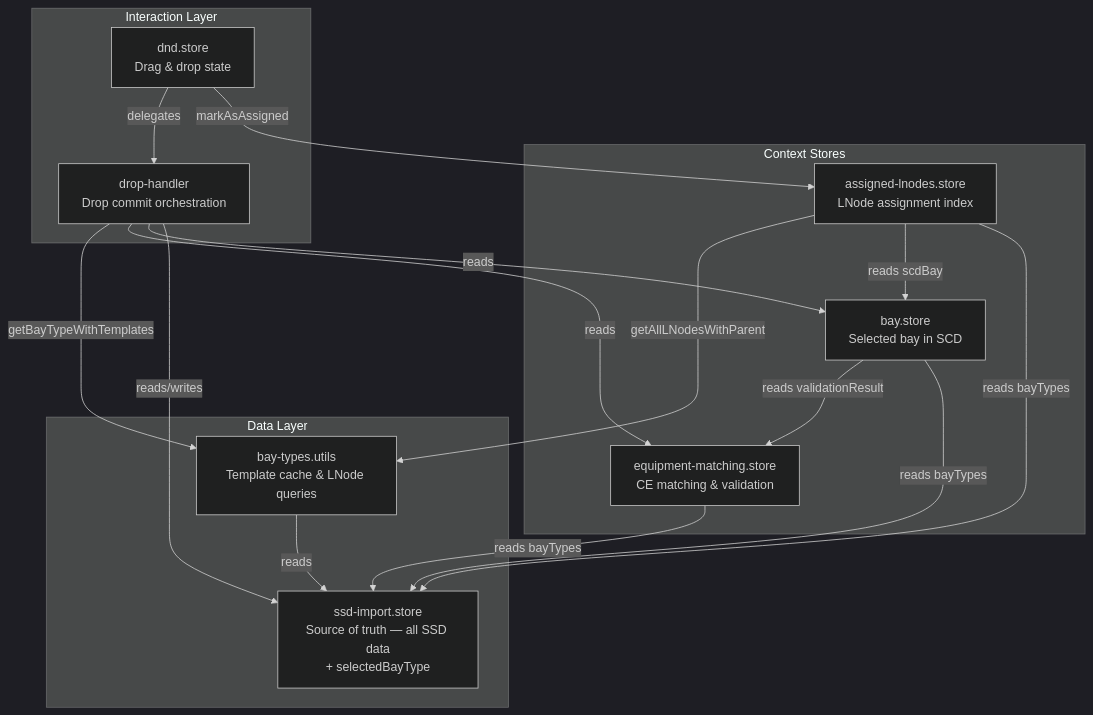
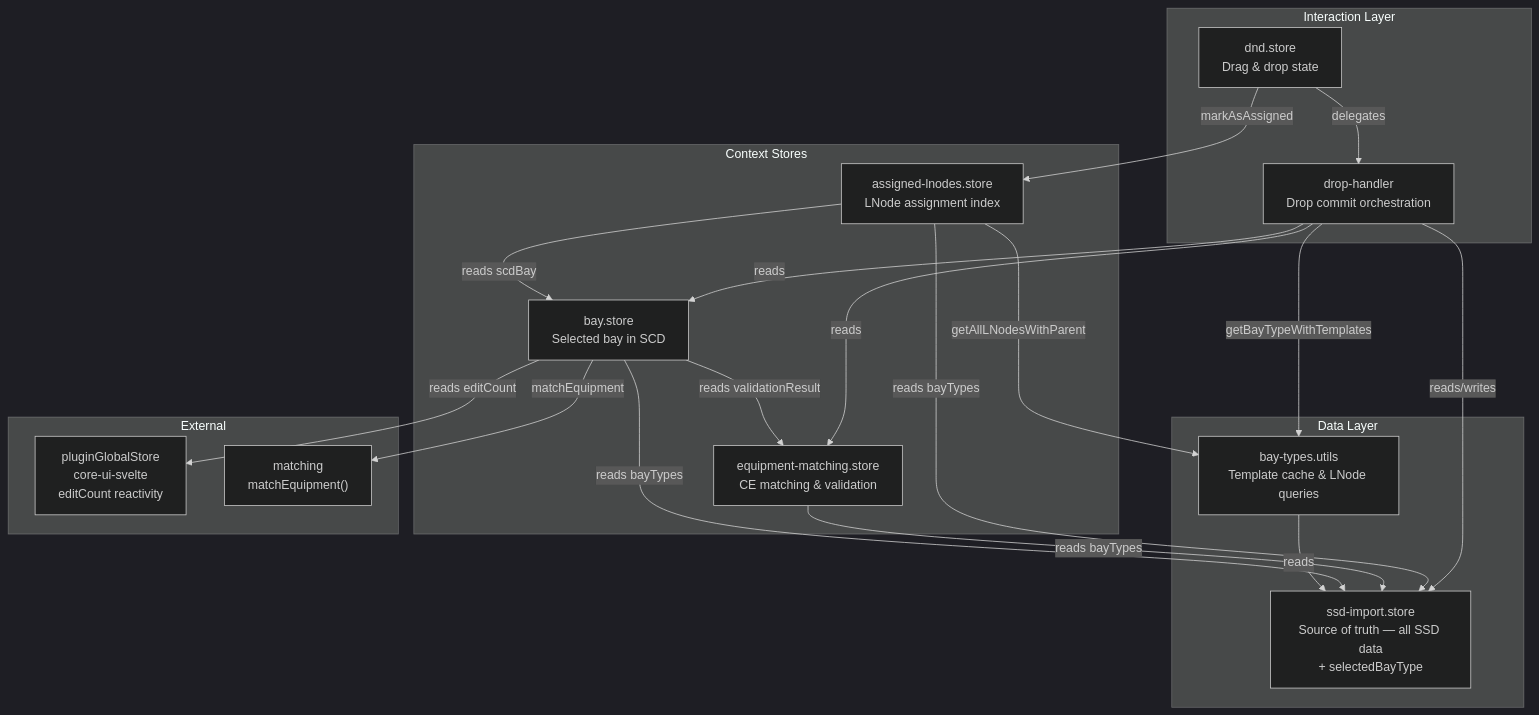
The diagram in packages/plugins/type-distributor/docs/concepts/store-architecture.md (sprinteins/oscd-plugins), drawn with Mermaid (dark theme) before and after one commit. The commit also changed other lines of this file and 1 other file, not shown here.

Commit message:
refactor: update architecture documentation for store modules and responsibilities

````diff
--- a/packages/plugins/type-distributor/docs/concepts/store-architecture.md
+++ b/packages/plugins/type-distributor/docs/concepts/store-architecture.md
@@ -19,34 +19,41 @@
 ```mermaid
 flowchart TB
     subgraph DATA ["Data Layer"]
         SSD["ssd-import.store</br>Source of truth — all SSD data</br>+ selectedBayType"]
         BTU["bay-types.utils</br>Template cache & LNode queries"]
     end
 
     subgraph CONTEXT ["Context Stores"]
         BAY["bay.store</br>Selected bay in SCD"]
         EQM["equipment-matching.store</br>CE matching & validation"]
         ALN["assigned-lnodes.store</br>LNode assignment index"]
     end
 
     subgraph INTERACTION ["Interaction Layer"]
         DND["dnd.store</br>Drag & drop state"]
         DH["drop-handler</br>Drop commit orchestration"]
     end
 
+    subgraph EXTERNAL ["External"]
+        PGS["pluginGlobalStore</br>core-ui-svelte</br>editCount reactivity"]
+        MTH["matching</br>matchEquipment()"]
+    end
+
     BTU -- reads --> SSD
     BAY -- reads bayTypes --> SSD
     EQM -- reads bayTypes --> SSD
     ALN -- reads bayTypes --> SSD
 
     BAY -- reads validationResult --> EQM
+    BAY -- reads editCount --> PGS
+    BAY -- matchEquipment --> MTH
     ALN -- reads scdBay --> BAY
     ALN -- getAllLNodesWithParent --> BTU
 
     DND -- markAsAssigned --> ALN
     DND -- delegates --> DH
     DH -- reads/writes --> SSD
     DH -- reads --> BAY
     DH -- reads --> EQM
     DH -- getBayTypeWithTemplates --> BTU
 ```
````
